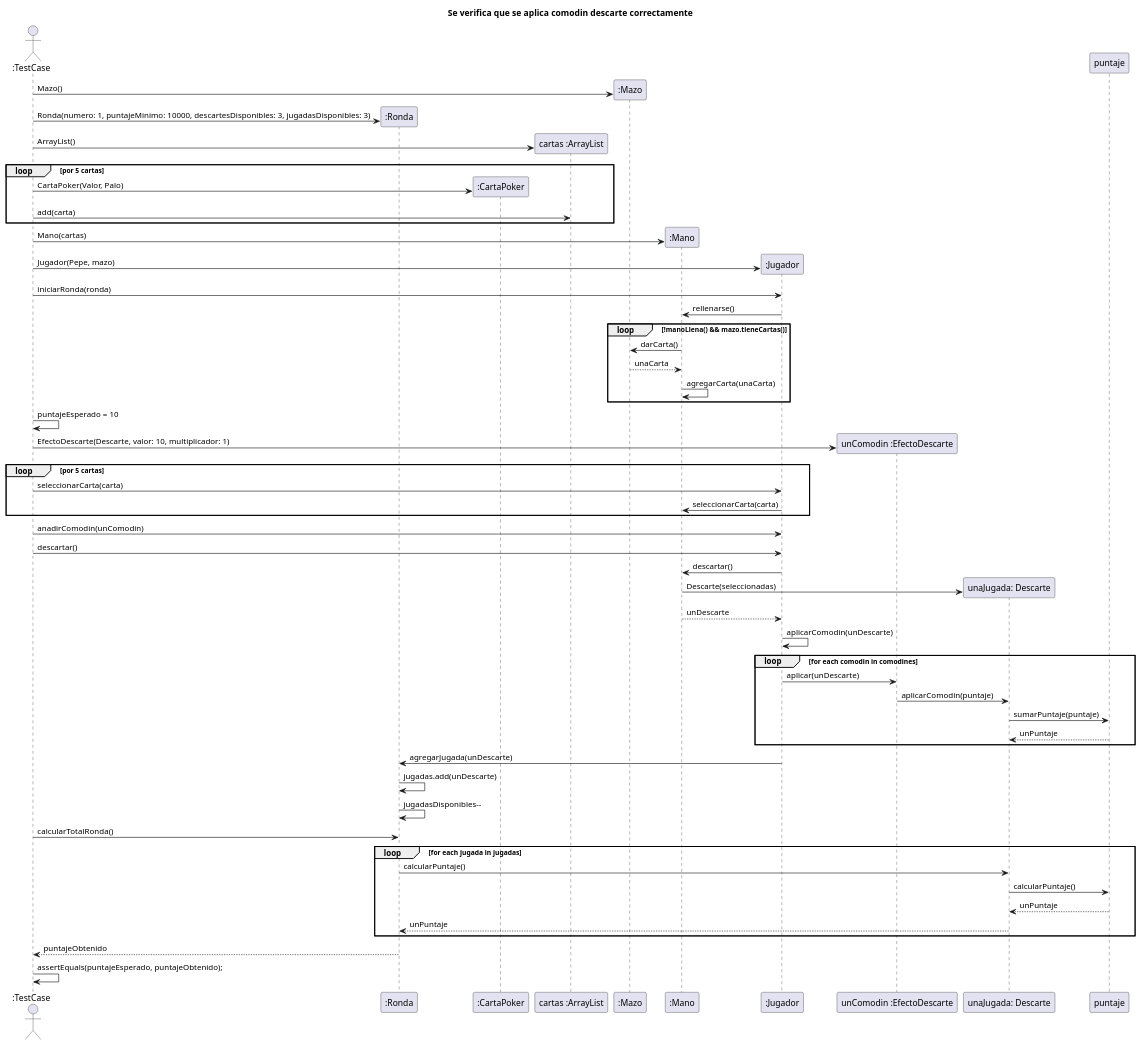
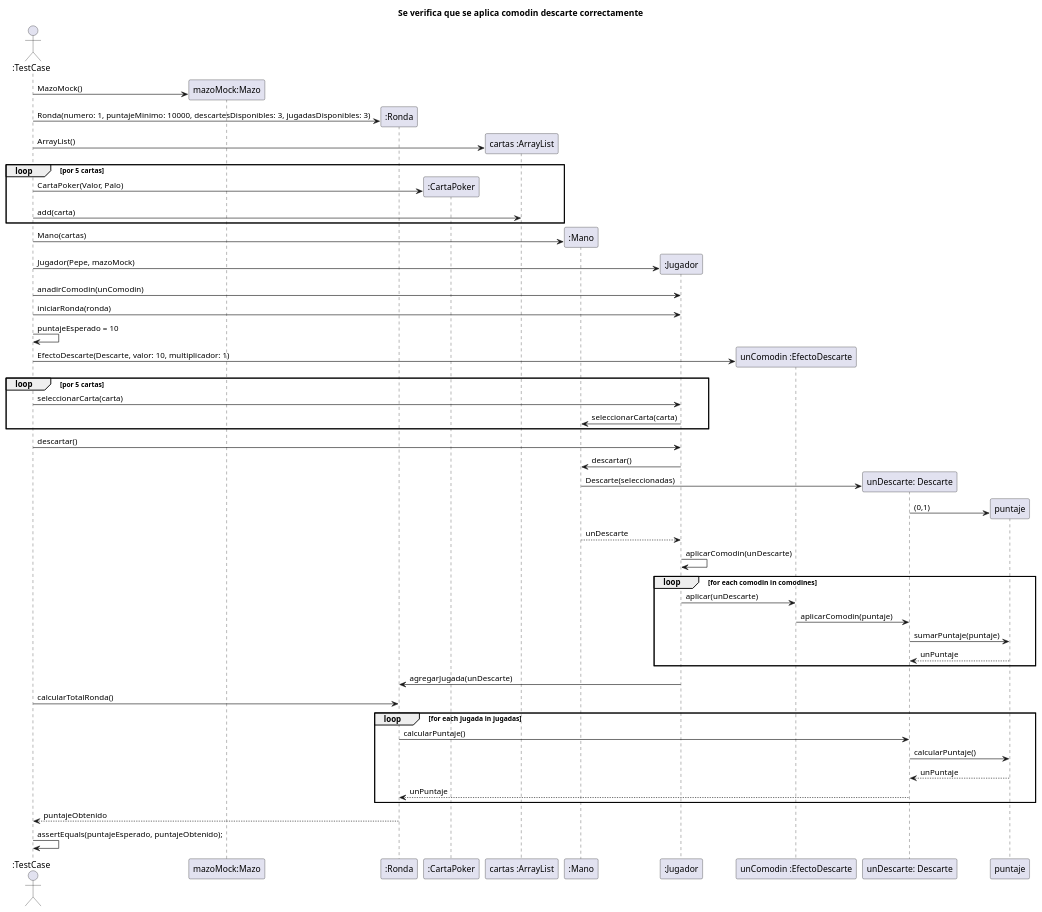
The diagram in diagrams/sequences/Entrega2/test03.puml (carruizdiaz1109/UBAlatro), drawn with PlantUML before and after one commit. The commit also changed 8 other files, not shown here.

Commit message:
Modificacion diagramas de secuencia

```diff
--- a/diagrams/sequences/Entrega2/test03.puml
+++ b/diagrams/sequences/Entrega2/test03.puml
@@ -1,73 +1,66 @@
 @startuml
 'https://plantuml.com/sequence-diagram
 
 title Se verifica que se aplica comodin descarte correctamente
 
 actor ":TestCase" as user
+participant "mazoMock:Mazo" as mazo
 participant ":Ronda" as ronda
 participant ":CartaPoker" as carta
 participant "cartas :ArrayList" as lista
-participant ":Mazo" as mazo
+
 participant ":Mano" as mano
 participant ":Jugador" as jugador
 participant "unComodin :EfectoDescarte" as comodin
-participant "unaJugada: Descarte" as jugada
+participant "unDescarte: Descarte" as jugada
 
-user -> mazo**: Mazo()
+user -> mazo**: MazoMock()
 user -> ronda**: Ronda(numero: 1, puntajeMinimo: 10000, descartesDisponibles: 3, jugadasDisponibles: 3)
 user -> lista**: ArrayList()
 
 loop por 5 cartas
 user -> carta**: CartaPoker(Valor, Palo)
 user -> lista: add(carta)
 end
 
 user -> mano**: Mano(cartas)
 
-user -> jugador**: Jugador(Pepe, mazo)
+user -> jugador**: Jugador(Pepe, mazoMock)
+user -> jugador: anadirComodin(unComodin)
+
 user -> jugador: iniciarRonda(ronda)
-    jugador -> mano: rellenarse()
-        loop !manoLlena() && mazo.tieneCartas()
-            mano -> mazo: darCarta()
-            mazo --> mano: unaCarta
-            mano -> mano: agregarCarta(unaCarta)
-        end
-
 user -> user: puntajeEsperado = 10
 
 user -> comodin**: EfectoDescarte(Descarte, valor: 10, multiplicador: 1)
 
 loop por 5 cartas
 user -> jugador: seleccionarCarta(carta)
 jugador -> mano: seleccionarCarta(carta)
 end
 
-user -> jugador: anadirComodin(unComodin)
-
 user -> jugador: descartar()
     jugador -> mano: descartar()
         mano -> jugada**: Descarte(seleccionadas)
+        jugada -> puntaje**: (0,1)
     mano --> jugador: unDescarte
     jugador -> jugador: aplicarComodin(unDescarte)
         loop for each comodin in comodines
         jugador -> comodin: aplicar(unDescarte)
         comodin -> jugada: aplicarComodin(puntaje)
         jugada -> puntaje: sumarPuntaje(puntaje)
         puntaje --> jugada: unPuntaje
         end
     jugador -> ronda: agregarJugada(unDescarte)
-        ronda -> ronda: jugadas.add(unDescarte)
-        ronda -> ronda: jugadasDisponibles--
 
 user -> ronda: calcularTotalRonda()
 loop for each jugada in jugadas
     ronda -> jugada: calcularPuntaje()
         jugada -> puntaje: calcularPuntaje()
         puntaje --> jugada: unPuntaje
     jugada --> ronda: unPuntaje
 end
 ronda --> user: puntajeObtenido
 
 user -> user: assertEquals(puntajeEsperado, puntajeObtenido);
 
 @enduml
```
